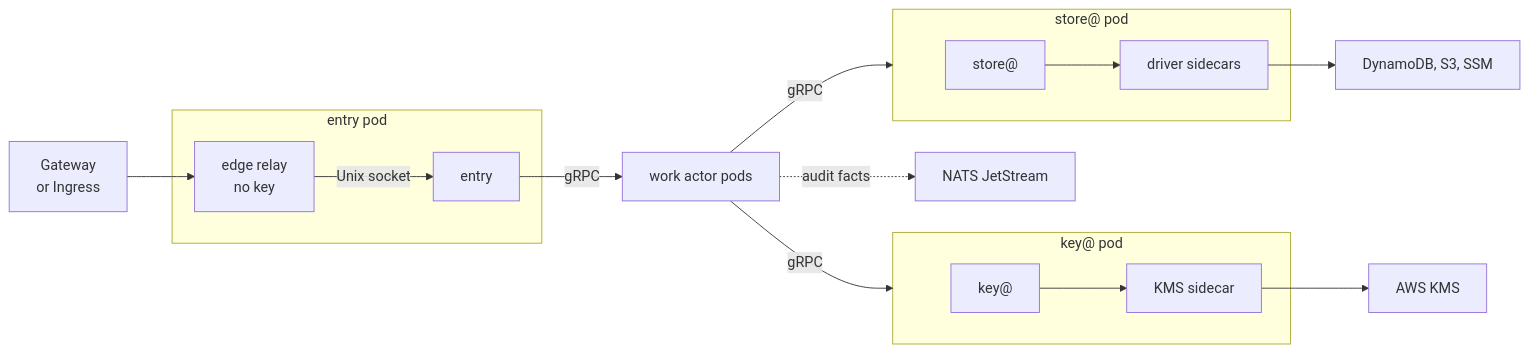
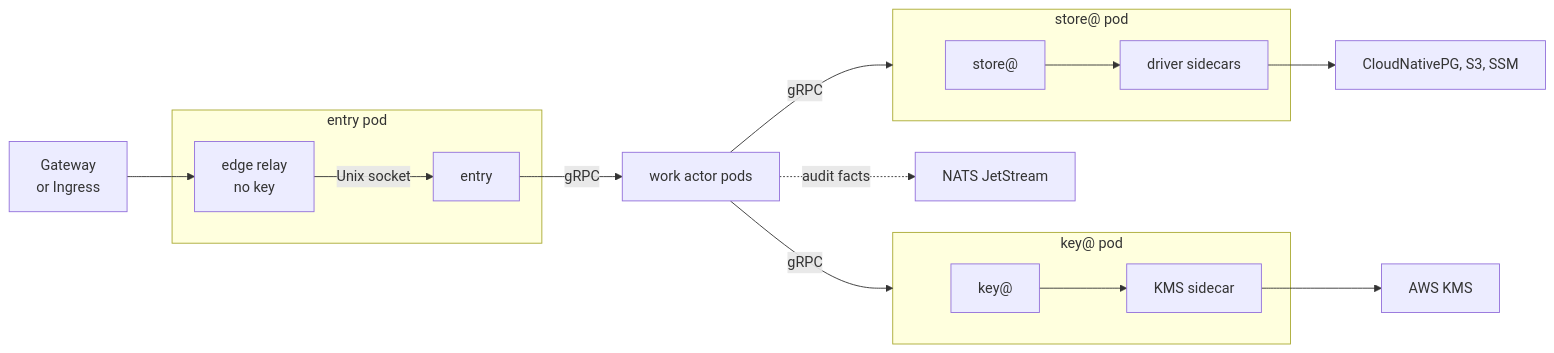
Before and after one commit to truvity/sluis: the diagram in docs/runtimes/kubernetes.md, drawn with Mermaid. The commit also changed other lines of this file and 4 other files, not shown here.

First line of the commit message:
docs: record K2 B (Kubernetes store on CloudNativePG) and the Cloudflare edge (E1, E2 A, E3)

````diff
--- a/docs/runtimes/kubernetes.md
+++ b/docs/runtimes/kubernetes.md
@@ -17,19 +17,19 @@
 ```mermaid
 flowchart LR
   gw["Gateway<br/>or Ingress"] --> relay
   subgraph epod["entry pod"]
     relay["edge relay<br/>no key"] -- "Unix socket" --> entry["entry"]
   end
   entry -- "gRPC" --> work["work actor pods"]
   work -- "gRPC" --> spod
   work -- "gRPC" --> kpod
   subgraph spod["store@ pod"]
     store["store@"] --> sdrv["driver sidecars"]
   end
   subgraph kpod["key@ pod"]
     key["key@"] --> kdrv["KMS sidecar"]
   end
-  sdrv --> aws["DynamoDB, S3, SSM"]
+  sdrv --> aws["CloudNativePG, S3, SSM"]
   kdrv --> kms["AWS KMS"]
   work -. "audit facts" .-> nats["NATS JetStream"]
 ```
````
